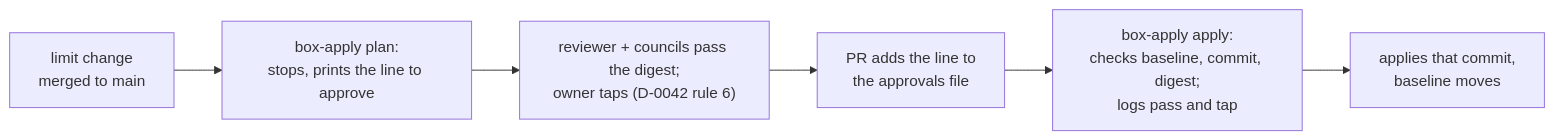
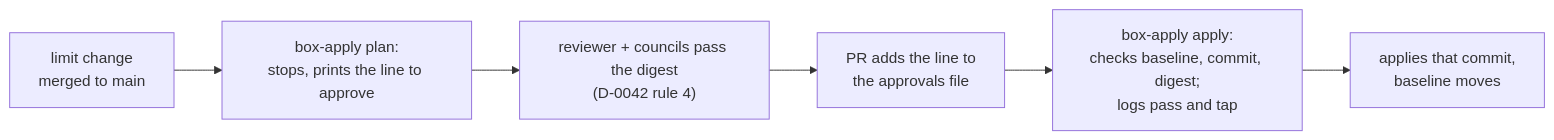
Before and after one commit to jonhill90/central-hub: the diagram in docs/decisions/0044-let-the-agent-box-apply-limit-changes-main-approves-by-digest.md, drawn with Mermaid. The commit also changed other lines of this file and 16 other files, not shown here.

````diff
--- a/docs/decisions/0044-let-the-agent-box-apply-limit-changes-main-approves-by-digest.md
+++ b/docs/decisions/0044-let-the-agent-box-apply-limit-changes-main-approves-by-digest.md
@@ -58,8 +58,8 @@
 ```mermaid
 flowchart LR
   pr["limit change<br/>merged to main"] --> plan["box-apply plan:<br/>stops, prints the line to approve"]
-  plan --> pass["reviewer + councils pass the digest;<br/>owner taps (D-0042 rule 6)"]
+  plan --> pass["reviewer + councils pass the digest<br/>(D-0042 rule 4)"]
   pass --> line["PR adds the line to<br/>the approvals file"]
   line --> apply["box-apply apply:<br/>checks baseline, commit, digest;<br/>logs pass and tap"]
   apply --> done["applies that commit,<br/>baseline moves"]
 ```
````
